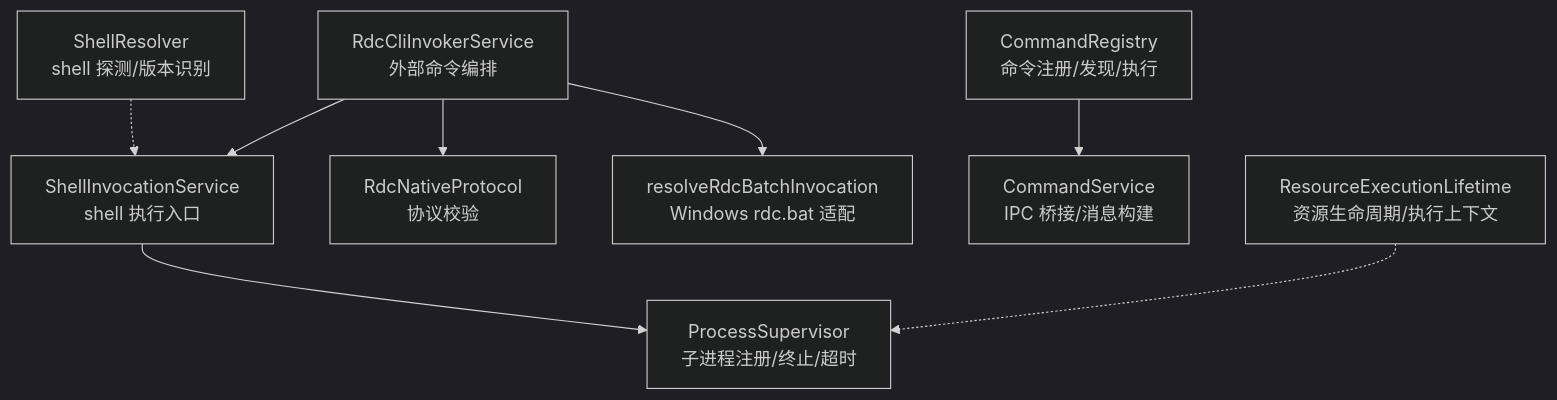
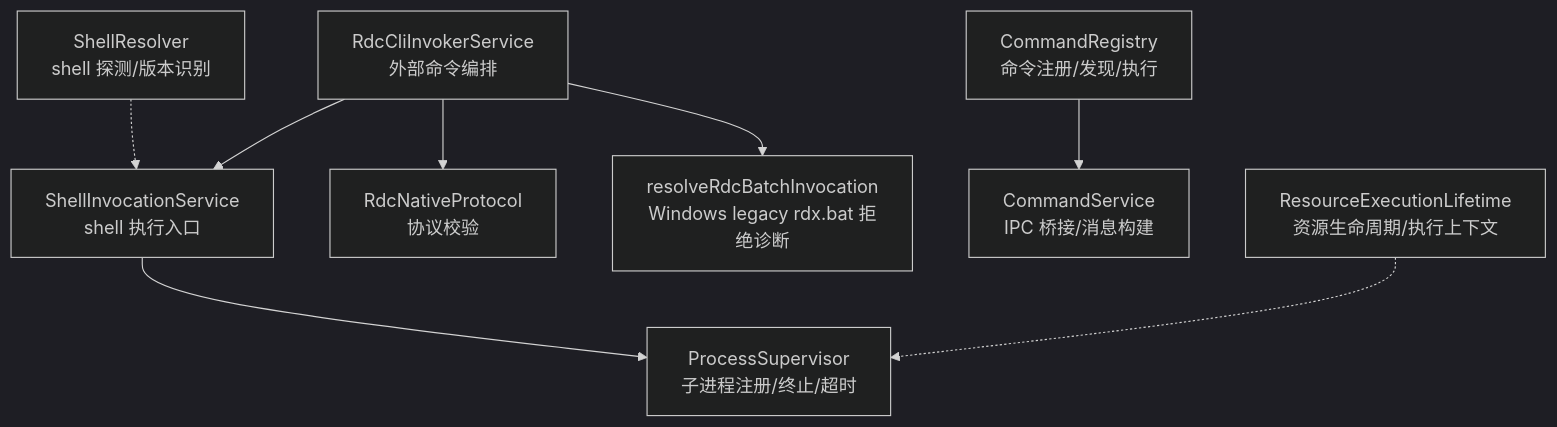
The first of 9 diagrams in .qoder/repowiki/zh/content/架构设计/主进程架构/工具执行系统.md (haolange/RDC-Agent), drawn with Mermaid (dark theme) before and after one commit. The commit also changed other lines of this file and 18 other files, not shown here.

````diff
--- a/.qoder/repowiki/zh/content/架构设计/主进程架构/工具执行系统.md
+++ b/.qoder/repowiki/zh/content/架构设计/主进程架构/工具执行系统.md
@@ -45,10 +45,10 @@
 ```mermaid
 graph TB
 A["RdcCliInvokerService<br/>外部命令编排"] --> B["ShellInvocationService<br/>shell 执行入口"]
 B --> C["ProcessSupervisor<br/>子进程注册/终止/超时"]
 A --> D["RdcNativeProtocol<br/>协议校验"]
-A --> E["resolveRdcBatchInvocation<br/>Windows rdc.bat 适配"]
+A --> E["resolveRdcBatchInvocation<br/>Windows legacy rdx.bat 拒绝诊断"]
 F["CommandRegistry<br/>命令注册/发现/执行"] --> G["CommandService<br/>IPC 桥接/消息构建"]
 H["ShellResolver<br/>shell 探测/版本识别"] -.-> B
 I["ResourceExecutionLifetime<br/>资源生命周期/执行上下文"] -.-> C
 ```
````
